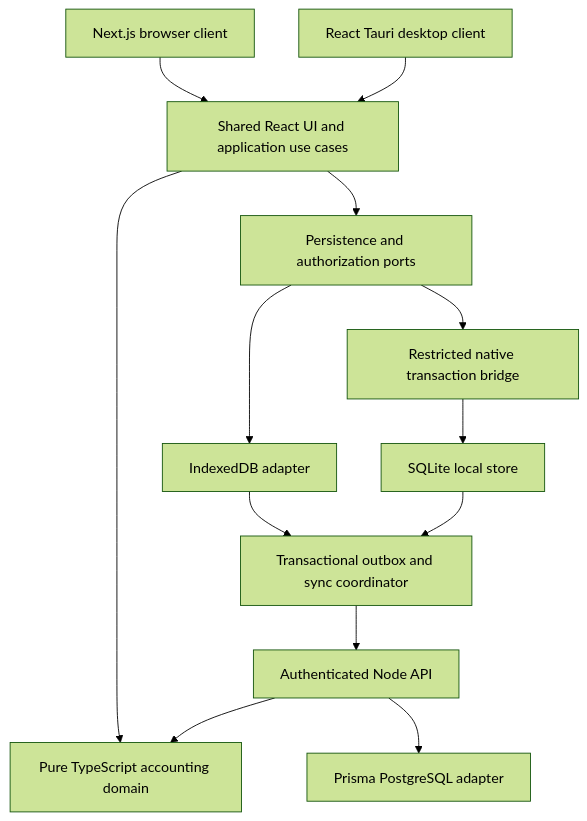
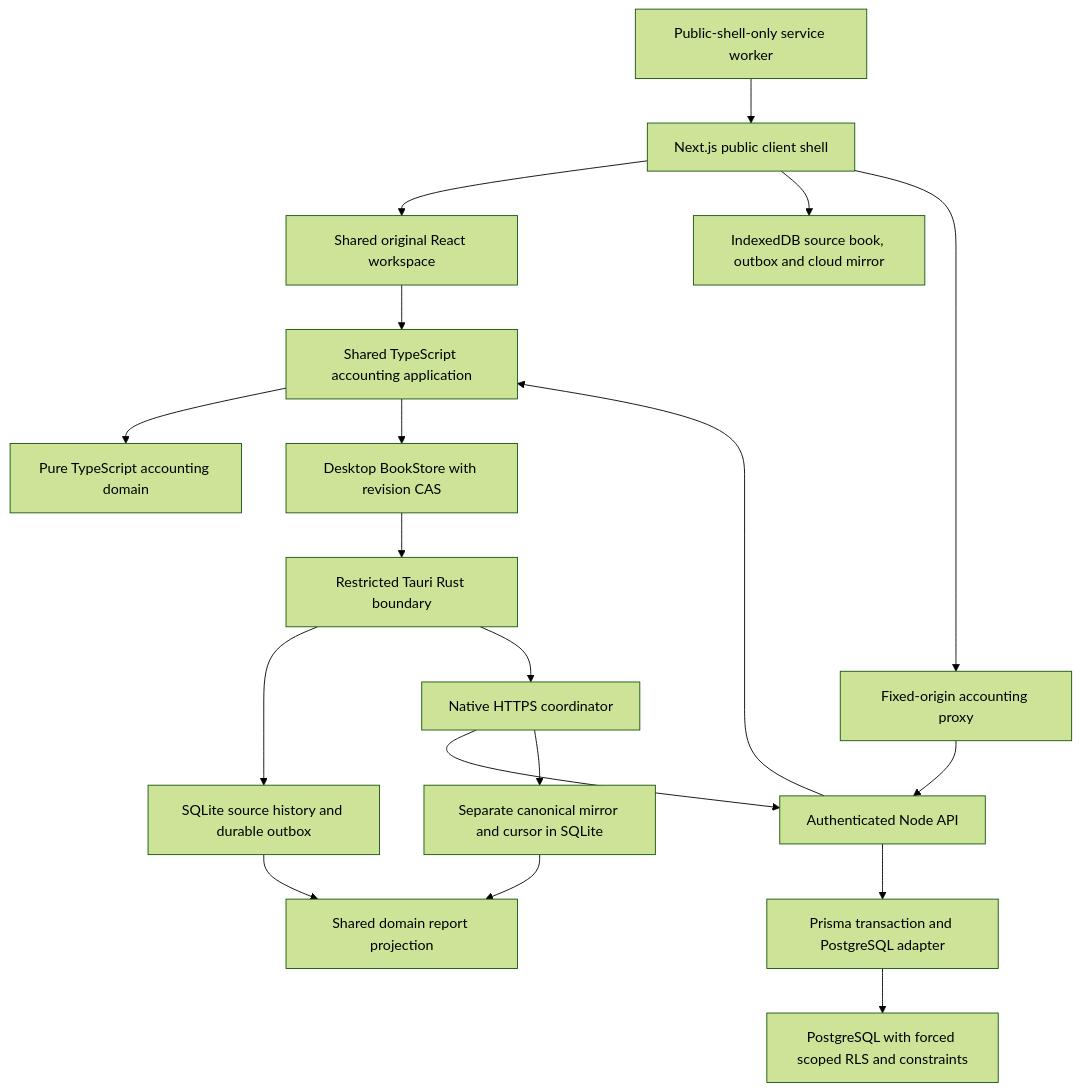
The diagram in docs/architecture/overview.md (WilsoftTech/rea-tallyerp), drawn with Mermaid (forest theme) before and after one commit. The commit also changed other lines of this file and 135 other files, not shown here.

````diff
--- a/docs/architecture/overview.md
+++ b/docs/architecture/overview.md
@@ -13,15 +7,21 @@
 ```mermaid
 flowchart TD
-  W[Next.js browser client] --> U[Shared React UI and application use cases]
-  D[React Tauri desktop client] --> U
-  U --> C[Pure TypeScript accounting domain]
-  U --> P[Persistence and authorization ports]
-  P --> I[IndexedDB adapter]
-  P --> T[Restricted native transaction bridge]
-  T --> S[SQLite local store]
-  I --> O[Transactional outbox and sync coordinator]
-  S --> O
-  O --> A[Authenticated Node API]
-  A --> C
-  A --> G[Prisma PostgreSQL adapter]
+  UI[Shared original React workspace] --> APP[Shared TypeScript accounting application]
+  WEB[Next.js public client shell] --> UI
+  WEB --> IDB[IndexedDB source book, outbox and cloud mirror]
+  WEB --> PROXY[Fixed-origin accounting proxy]
+  PROXY --> API
+  SW[Public-shell-only service worker] --> WEB
+  APP --> DOMAIN[Pure TypeScript accounting domain]
+  APP --> CAS[Desktop BookStore with revision CAS]
+  CAS --> NATIVE[Restricted Tauri Rust boundary]
+  NATIVE --> SQLITE[SQLite source history and durable outbox]
+  NATIVE --> HTTP[Native HTTPS coordinator]
+  HTTP --> API[Authenticated Node API]
+  API --> APP
+  API --> PRISMA[Prisma transaction and PostgreSQL adapter]
+  PRISMA --> PG[PostgreSQL with forced scoped RLS and constraints]
+  HTTP --> MIRROR[Separate canonical mirror and cursor in SQLite]
+  MIRROR --> REPORT[Shared domain report projection]
+  SQLITE --> REPORT
 ```
````
